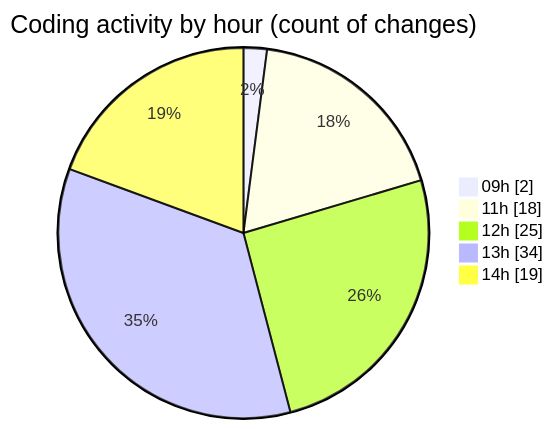
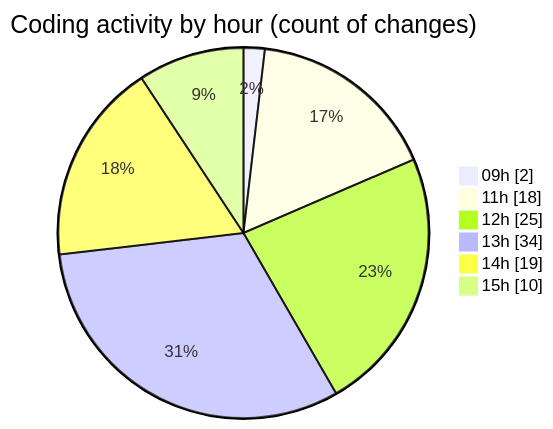
The second of 2 diagrams in 2025-06-30/cda/README.md (momahboobian/code-tracking), drawn with Mermaid before and after one commit. The commit also changed other lines of this file and 1 other file, not shown here.

````diff
--- a/2025-06-30/cda/README.md
+++ b/2025-06-30/cda/README.md
@@ -52,9 +52,10 @@
 ```mermaid
 pie showData
 title Coding activity by hour (count of changes)
 "09h" : 2
 "11h" : 18
 "12h" : 25
 "13h" : 34
 "14h" : 19
+"15h" : 10
 ```
````
